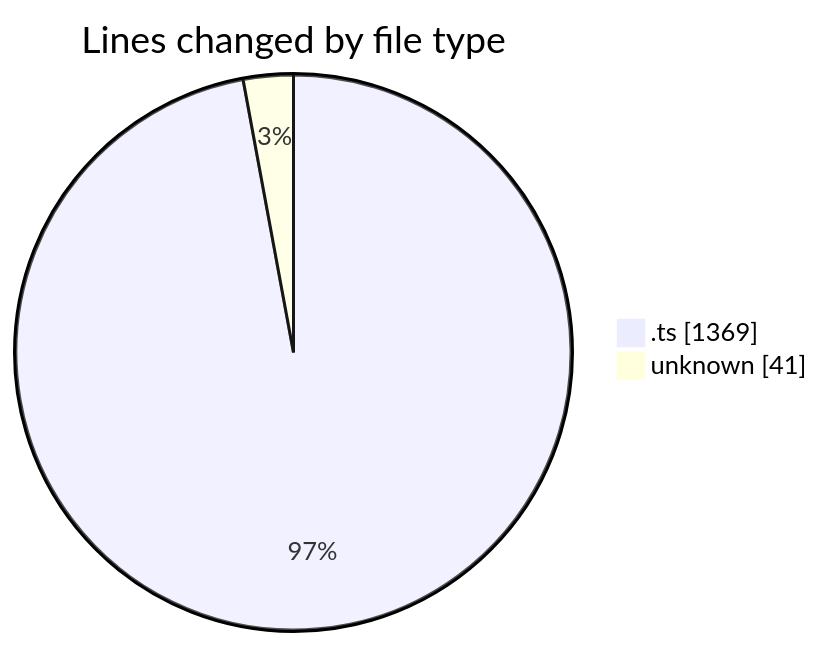
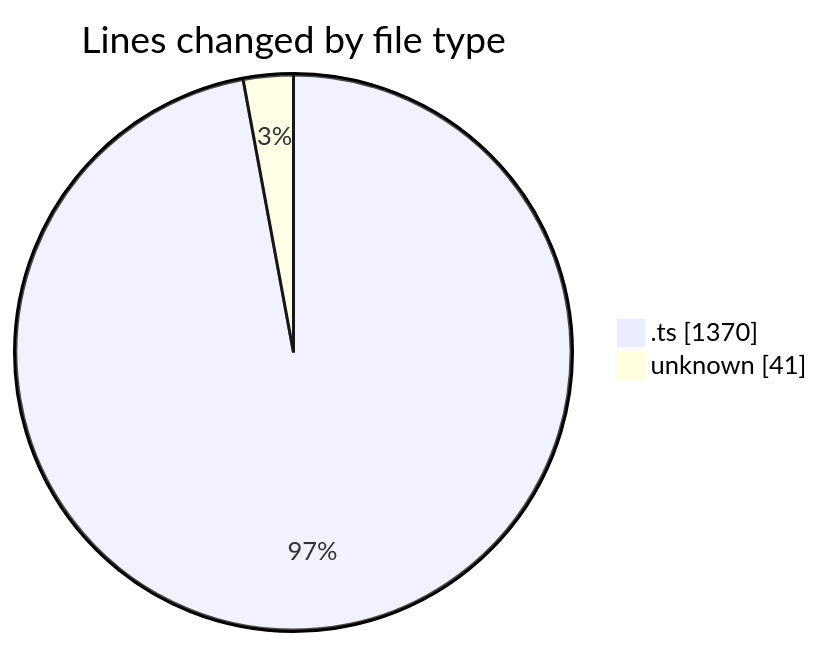
One commit to momahboobian/code-tracking changed the first of 2 diagrams in 2025-08-11/cda/README.md. Above: the diagram before and after it, drawn with Mermaid. The commit also changed other lines of this file and 1 other file, not shown here.

````diff
--- a/2025-08-11/cda/README.md
+++ b/2025-08-11/cda/README.md
@@ -24,6 +24,6 @@
 ```mermaid
 pie showData
 title Lines changed by file type
-".ts" : 1369
+".ts" : 1370
 "unknown" : 41
 ```
````
